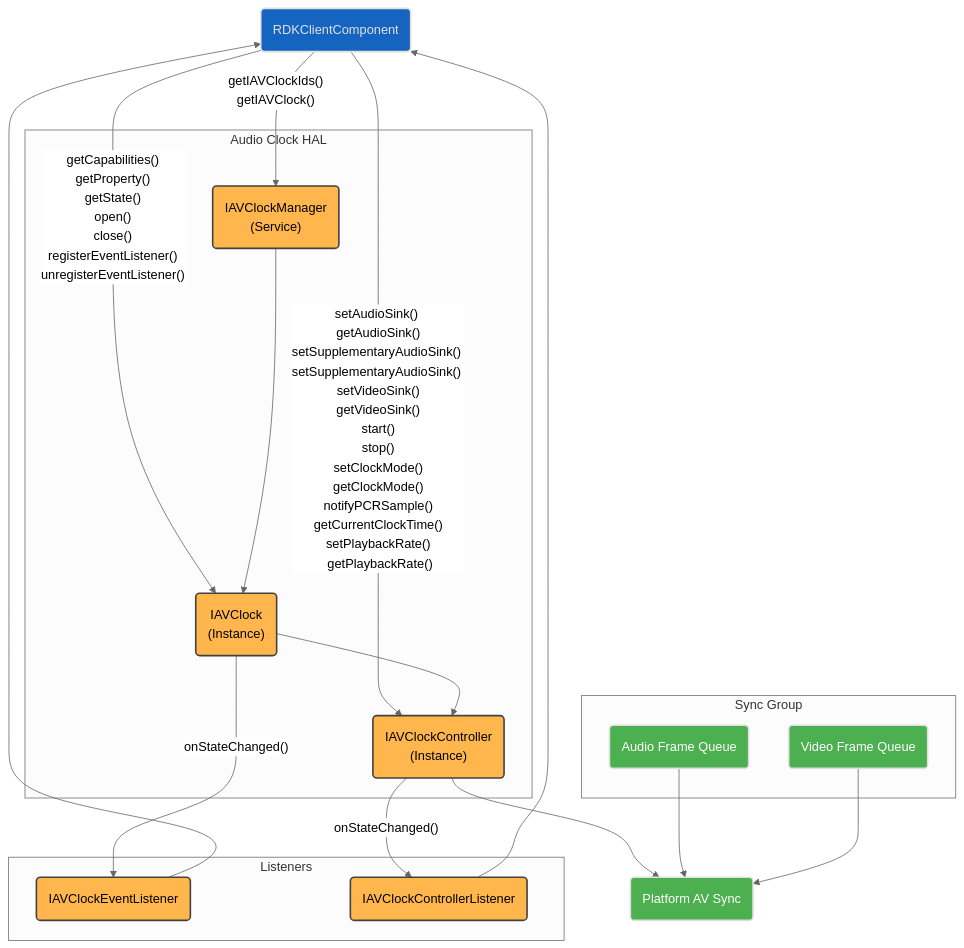
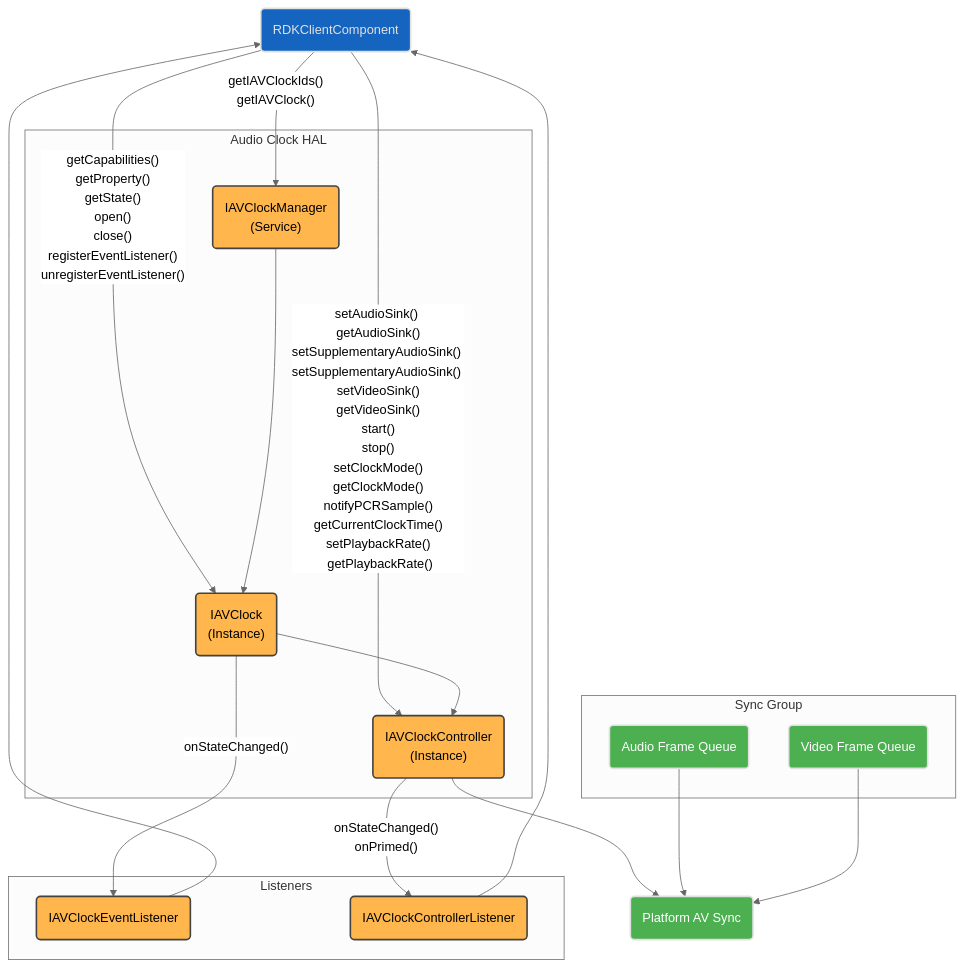
The first of 7 diagrams in docs/halif/av_clock/current/av_clock.md (rdkcentral/rdk-halif-aidl), drawn with Mermaid (neutral theme) before and after one commit. The commit also changed other lines of this file and 2 other files, not shown here.

First line of the commit message:
feat(avclock)!: define primed sub-state, onPrimed() callback, @nullable getCurrentClockTime() (#471)

````diff
--- a/docs/halif/av_clock/current/av_clock.md
+++ b/docs/halif/av_clock/current/av_clock.md
@@ -88,47 +103,47 @@
 ```mermaid
 flowchart TD
     RDKClientComponent("RDKClientComponent")
     subgraph Listeners["Listeners"]
         IAVClockEventListener("IAVClockEventListener")
         IAVClockControllerListener("IAVClockControllerListener")
     end
     subgraph IAVClockHAL["Audio Clock HAL"]
         IAVClockManager("IAVClockManager <br>(Service)")
         IAVClock("IAVClock <br>(Instance)")
         IAVClockController("IAVClockController <br>(Instance)")
     end
     subgraph SyncGroup["Sync Group"]
         AudioFrameQueue("Audio Frame Queue")
         VideoFrameQueue("Video Frame Queue")
     end
       platformAVSync("Platform AV Sync")
     RDKClientComponent -- getIAVClockIds() <br> getIAVClock() --> IAVClockManager
     RDKClientComponent -- getCapabilities() <br> getProperty() <br> getState() <br> open() <br> close() <br> registerEventListener() <br> unregisterEventListener() --> IAVClock
     RDKClientComponent -- setAudioSink() <br> getAudioSink() setSupplementaryAudioSink() setSupplementaryAudioSink() <br> setVideoSink() <br> getVideoSink() <br> start() <br> stop() <br> setClockMode() <br> getClockMode() <br> notifyPCRSample() <br> getCurrentClockTime() <br> setPlaybackRate() <br> getPlaybackRate() --> IAVClockController
     IAVClockManager --> IAVClock --> IAVClockController
     IAVClock -- onStateChanged() --> IAVClockEventListener
-    IAVClockController -- onStateChanged() --> IAVClockControllerListener
+    IAVClockController -- onStateChanged() <br> onPrimed() --> IAVClockControllerListener
     IAVClockEventListener --> RDKClientComponent
     IAVClockControllerListener --> RDKClientComponent
     IAVClockController --> platformAVSync
     %% Sync Group
     AudioFrameQueue --> platformAVSync
     VideoFrameQueue --> platformAVSync
 
     classDef background fill:#121212,stroke:none,color:#E0E0E0;
     classDef blue fill:#1565C0,stroke:#E0E0E0,stroke-width:2px,color:#E0E0E0;
     classDef lightGrey fill:#616161,stroke:#E0E0E0,stroke-width:2px,color:#FFFFFF;
     classDef wheat fill:#FFB74D,stroke:#424242,stroke-width:2px,color:#000000;
     classDef green fill:#4CAF50,stroke:#E0E0E0,stroke-width:2px,color:#FFFFFF;
     classDef default fill:#1E1E1E,stroke:#E0E0E0,stroke-width:1px,color:#E0E0E0;
 
     RDKClientComponent:::blue
     IAVClockManager:::wheat
     IAVClockController:::wheat
     IAVClock:::wheat
     IAVClockControllerListener:::wheat
     IAVClockEventListener:::wheat
     platformAVSync:::green
     AudioFrameQueue:::green
     VideoFrameQueue:::green
 ```
````
